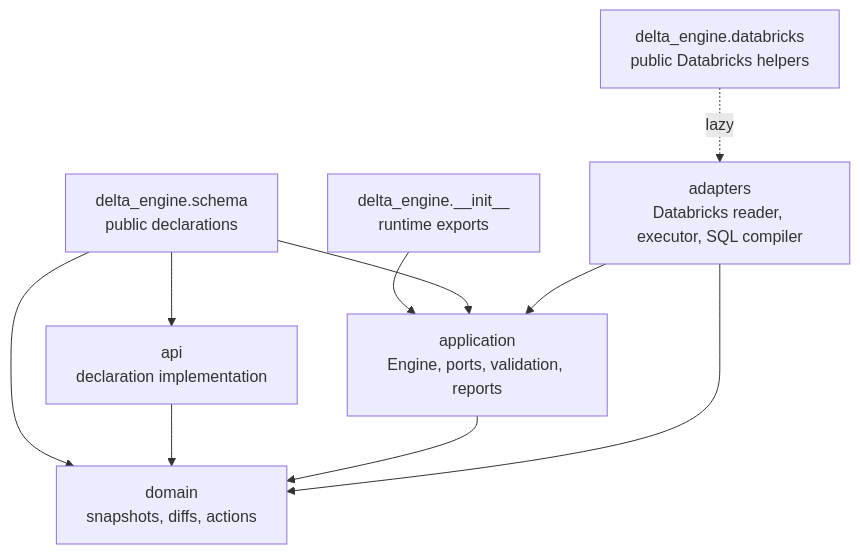
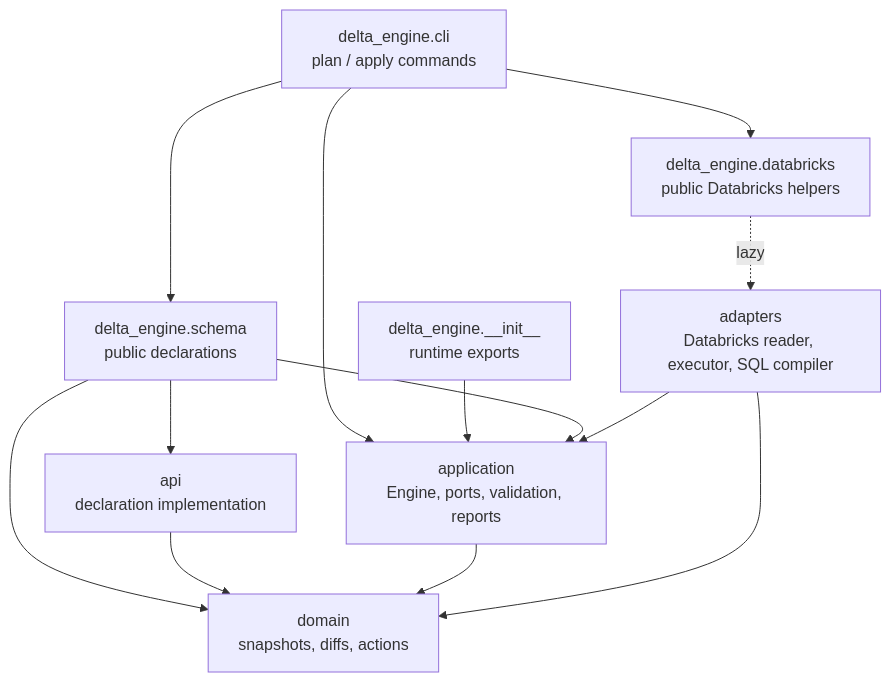
The fourth of 5 diagrams in docs/explanation-architecture.md (Tomoscorbin/delta-engine), drawn with Mermaid before and after one commit. The commit also changed other lines of this file and 2 other files, not shown here.

First line of the commit message:
fix: close a false-positive gap in the CLI PySpark-free contract

````diff
--- a/docs/explanation-architecture.md
+++ b/docs/explanation-architecture.md
@@ -309,20 +309,24 @@
 ```mermaid
 flowchart TB
+    CLI[delta_engine.cli<br/>plan / apply commands]
     Public[delta_engine.__init__<br/>runtime exports]
     Schema[delta_engine.schema<br/>public declarations]
     Databricks[delta_engine.databricks<br/>public Databricks helpers]
     API[api<br/>declaration implementation]
     App[application<br/>Engine, ports, validation, reports]
     Domain[domain<br/>snapshots, diffs, actions]
     Adapters[adapters<br/>Databricks reader, executor, SQL compiler]
 
+    CLI --> Schema
+    CLI --> Databricks
+    CLI --> App
     Public --> App
     Schema --> API
     Schema --> App
     Schema --> Domain
     Databricks -. lazy .-> Adapters
     API --> Domain
     App --> Domain
     Adapters --> App
     Adapters --> Domain
 ```
````
